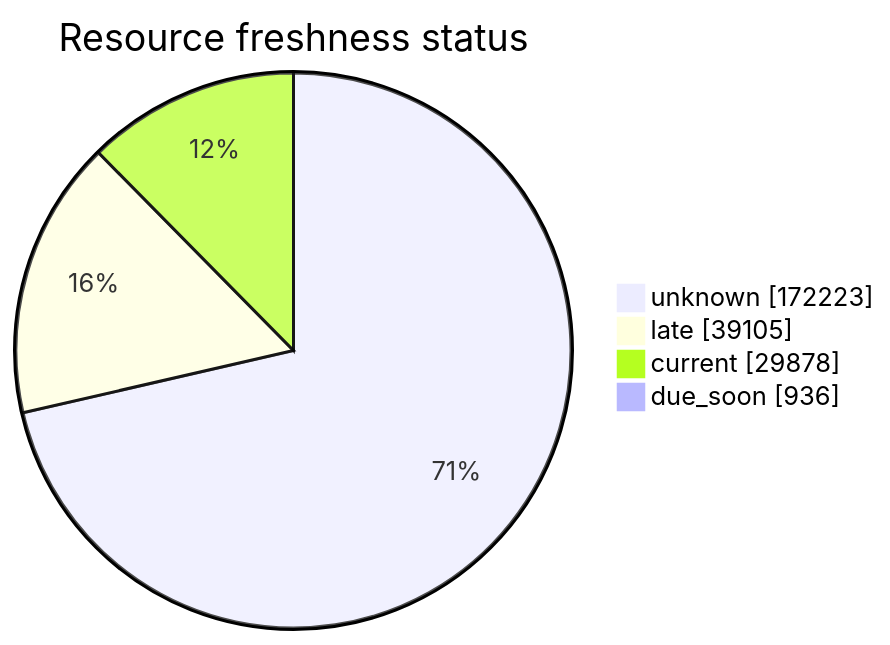
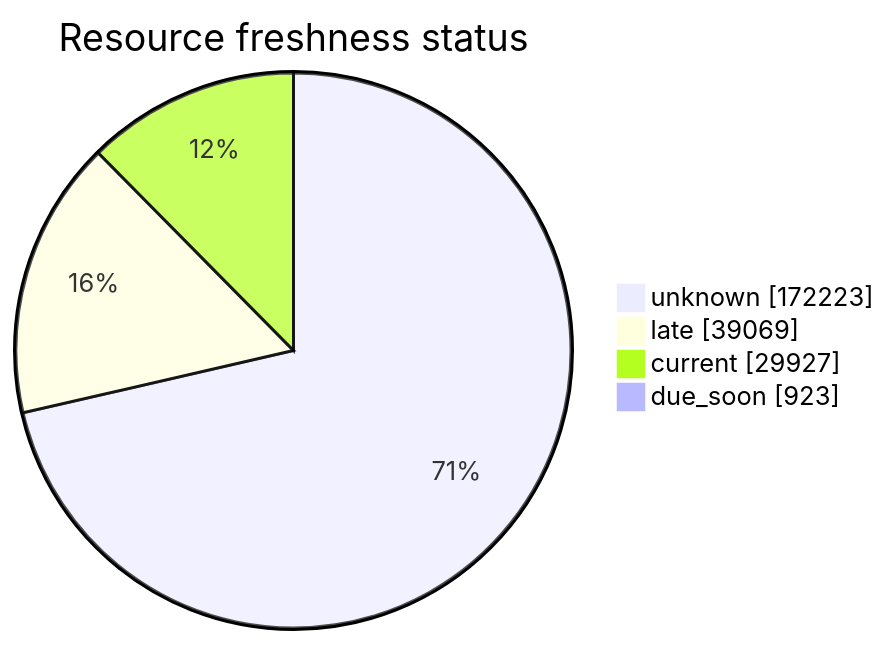
One commit to open-data/analytics-corporate-reporting changed the third of 5 diagrams in FreshCheck/README.md. Above: the diagram before and after it, drawn with Mermaid. The commit also changed other lines of this file and 3 other files, not shown here.

````diff
--- a/FreshCheck/README.md
+++ b/FreshCheck/README.md
@@ -77,7 +77,7 @@
 ```mermaid
 pie showData title Resource freshness status
     "unknown": 172223
-    "late": 39105
-    "current": 29878
-    "due_soon": 936
+    "late": 39069
+    "current": 29927
+    "due_soon": 923
 ```
````
